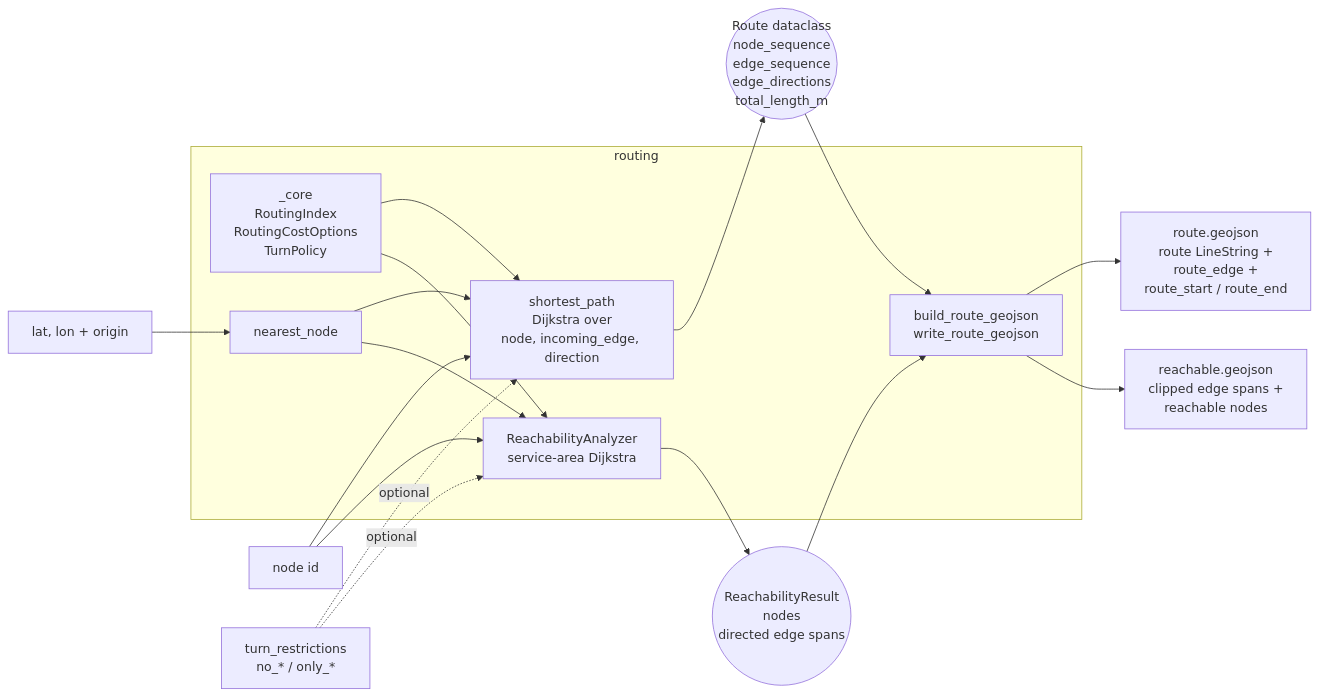
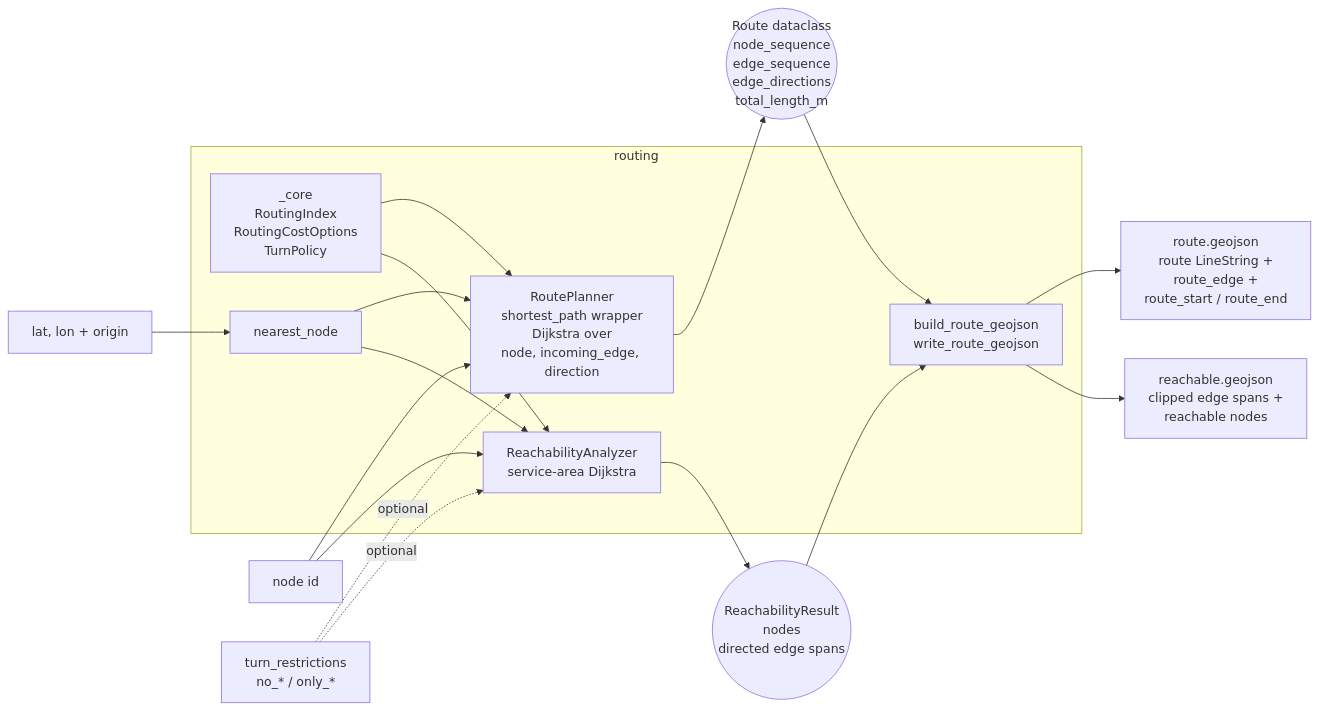
One commit to rsasaki0109/roadgraph_builder changed the fifth of 6 diagrams in docs/ARCHITECTURE.md. Above: the diagram before and after it, drawn with Mermaid. The commit also changed other lines of this file and 9 other files, not shown here.

First line of the commit message:
perf: reuse shortest-path routing state

````diff
--- a/docs/ARCHITECTURE.md
+++ b/docs/ARCHITECTURE.md
@@ -284,23 +285,23 @@
 ```mermaid
 flowchart LR
     subgraph routing
         CORE[_core<br/>RoutingIndex<br/>RoutingCostOptions<br/>TurnPolicy]
-        SP[shortest_path<br/>Dijkstra over<br/>node, incoming_edge, direction]
+        SP[RoutePlanner<br/>shortest_path wrapper<br/>Dijkstra over<br/>node, incoming_edge, direction]
         RA[ReachabilityAnalyzer<br/>service-area Dijkstra]
         NN[nearest_node]
         RGJ[build_route_geojson<br/>write_route_geojson]
     end
 
     CORE --> SP
     CORE --> RA
     N[node id] --> SP
     N --> RA
     LL[lat, lon + origin] --> NN --> SP
     NN --> RA
     TR[turn_restrictions<br/>no_* / only_*] -.optional.-> SP
     TR -.optional.-> RA
     SP --> Route((Route dataclass<br/>node_sequence<br/>edge_sequence<br/>edge_directions<br/>total_length_m))
     RA --> Reach((ReachabilityResult<br/>nodes<br/>directed edge spans))
     Route --> RGJ --> GJ[route.geojson<br/>route LineString +<br/>route_edge +<br/>route_start / route_end]
     Reach --> RGJ --> RG[reachable.geojson<br/>clipped edge spans +<br/>reachable nodes]
 ```
````
